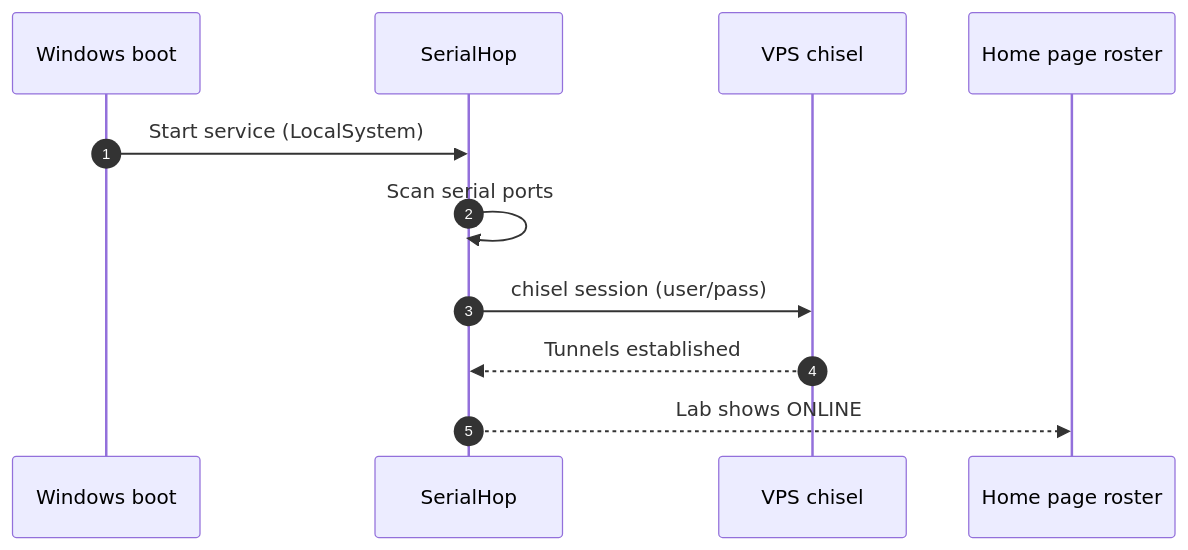
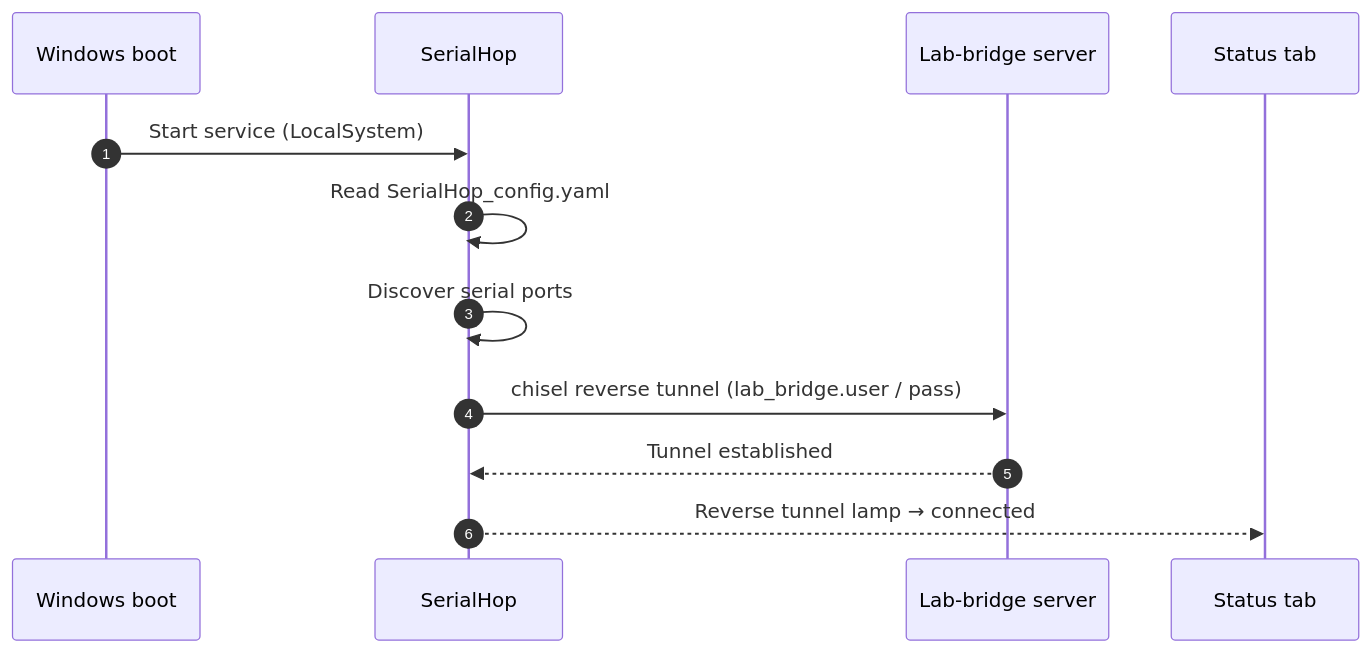
Before and after one commit to bioexperiment-lab-devices/lab-bridge: the diagram in public_docs/operator/setup-lab-pc.md, drawn with Mermaid. The commit also changed other lines of this file and 6 other files, not shown here.

````diff
--- a/public_docs/operator/setup-lab-pc.md
+++ b/public_docs/operator/setup-lab-pc.md
@@ -51,14 +47,15 @@
 ```mermaid
 sequenceDiagram
     autonumber
     participant W as Windows boot
     participant S as SerialHop
-    participant V as VPS chisel
-    participant H as Home page roster
+    participant V as Lab-bridge server
+    participant P as Status tab
 
     W->>S: Start service (LocalSystem)
-    S->>S: Scan serial ports
-    S->>V: chisel session (user/pass)
-    V-->>S: Tunnels established
-    S-->>H: Lab shows ONLINE
+    S->>S: Read SerialHop_config.yaml
+    S->>S: Discover serial ports
+    S->>V: chisel reverse tunnel (lab_bridge.user / pass)
+    V-->>S: Tunnel established
+    S-->>P: Reverse tunnel lamp → connected
 ```
````
